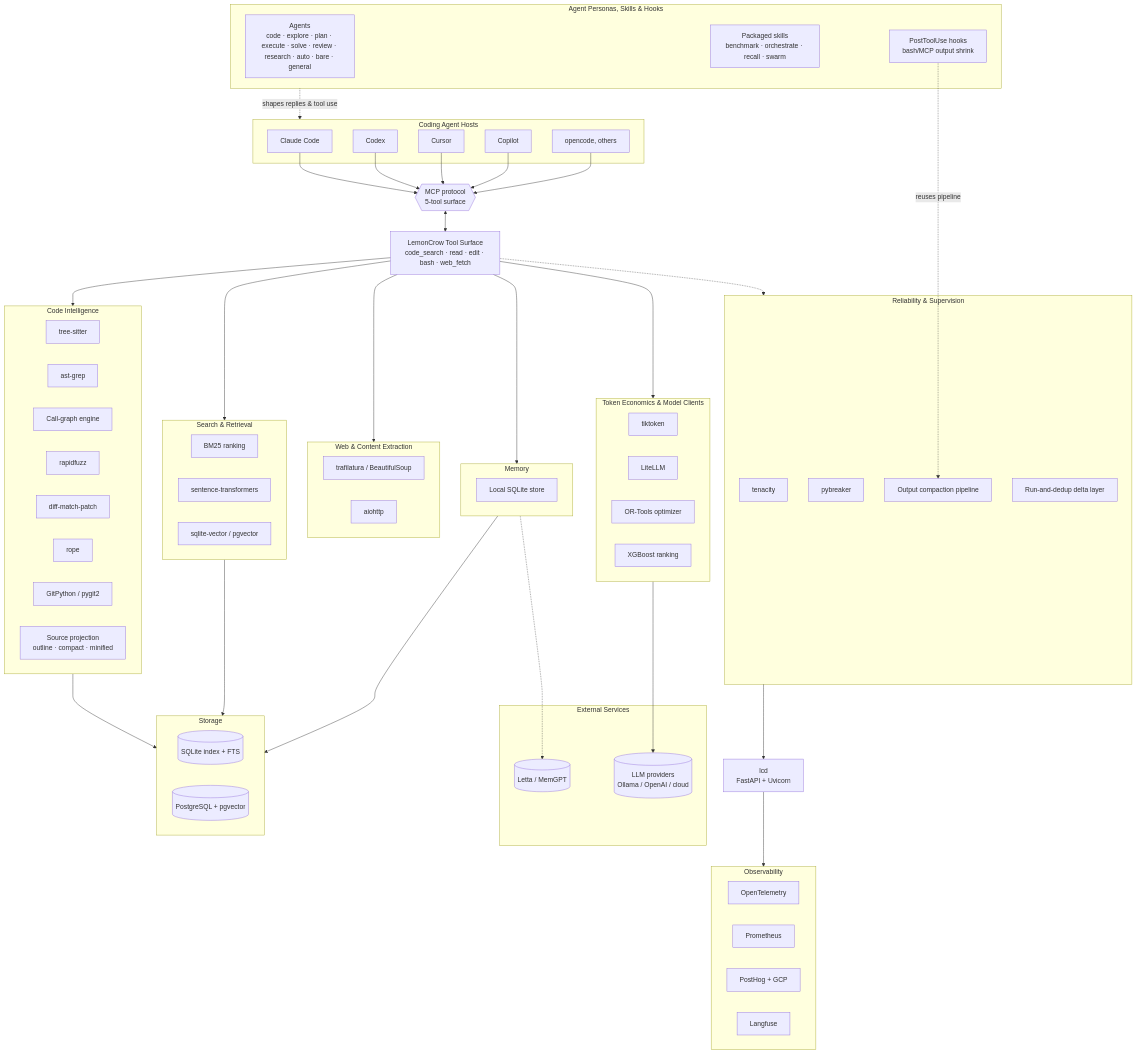
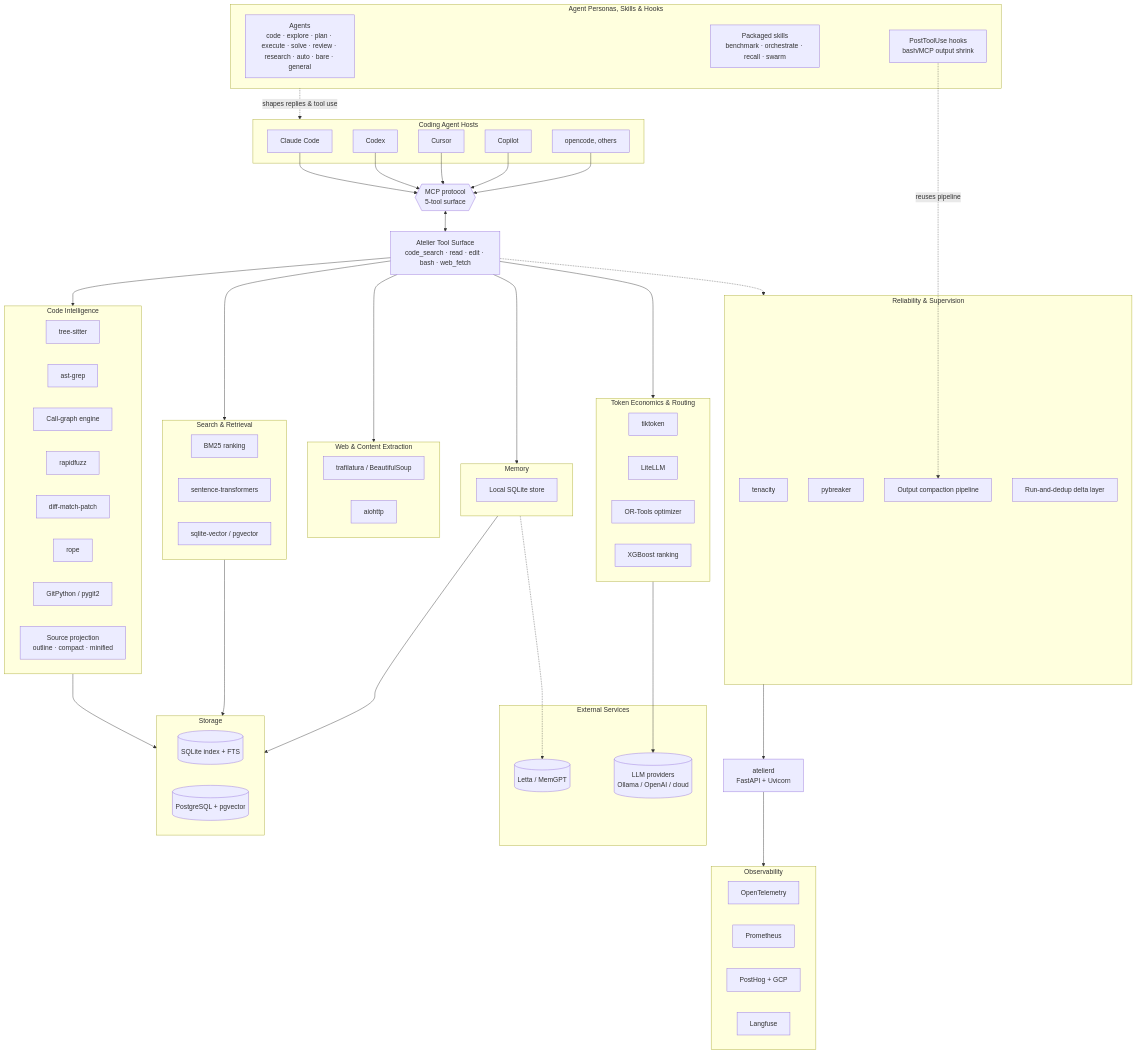
The diagram in docs/architecture.md (lemoncrow-lab/lemoncrow), drawn with Mermaid before and after one commit. The commit also changed other lines of this file and 15431 other files, not shown here.

```diff
--- a/docs/architecture.md
+++ b/docs/architecture.md
@@ -21,7 +21,7 @@
     end
 
     MCP{{"MCP protocol<br/>5-tool surface"}}
-    Tools["LemonCrow Tool Surface<br/>code_search · read · edit · bash · web_fetch"]
+    Tools["Atelier Tool Surface<br/>code_search · read · edit · bash · web_fetch"]
 
     subgraph CodeIntel["Code Intelligence"]
         TS["tree-sitter"]
@@ -49,7 +49,7 @@
         LocalMem["Local SQLite store"]
     end
 
-    subgraph TokenEcon["Token Economics & Model Clients"]
+    subgraph TokenEcon["Token Economics & Routing"]
         Tik["tiktoken"]
         Lite["LiteLLM"]
         ORT["OR-Tools optimizer"]
@@ -63,7 +63,7 @@
         Dedup["Run-and-dedup delta layer"]
     end
 
-    Daemon["lcd<br/>FastAPI + Uvicorn"]
+    Daemon["atelierd<br/>FastAPI + Uvicorn"]
 
     subgraph Storage["Storage"]
         SQLite[("SQLite index + FTS")]
```
